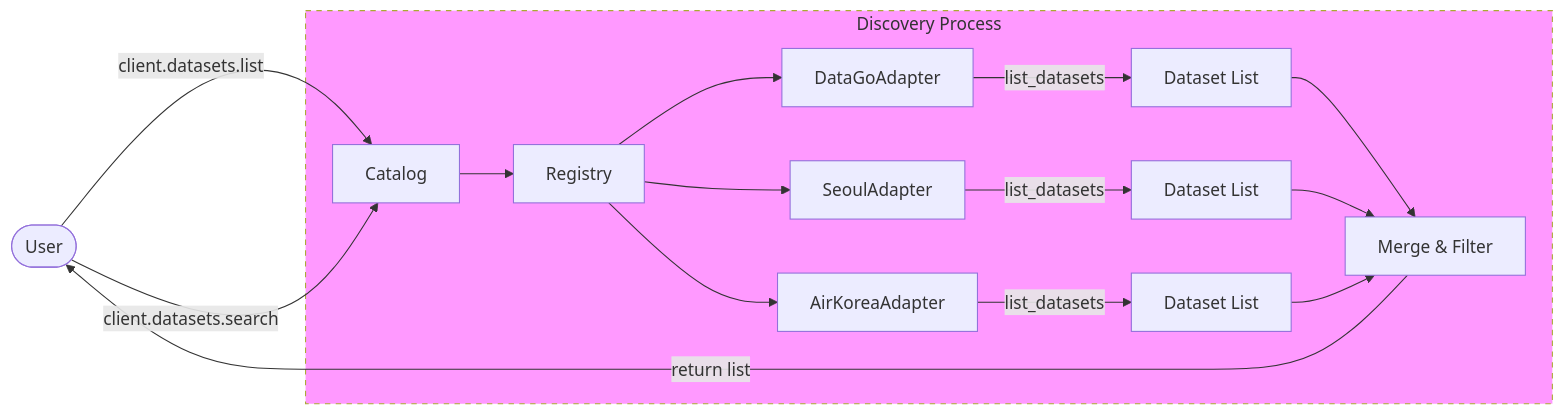
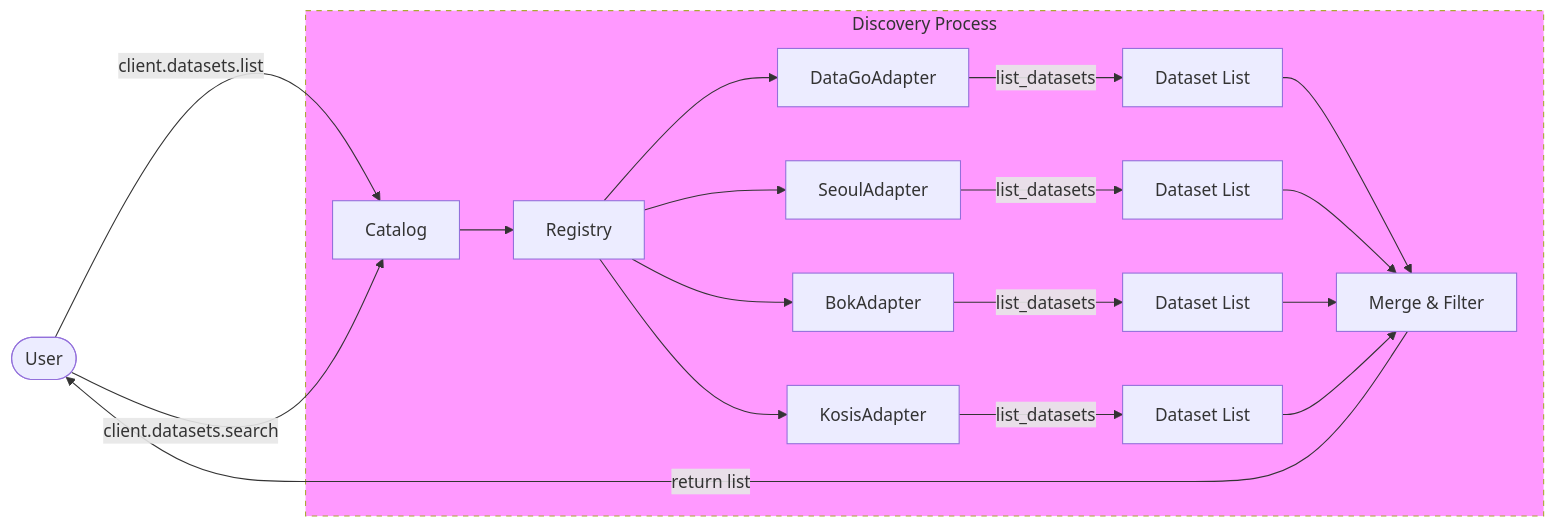
One commit to yeongseon/kpubdata changed the sixth of 9 diagrams in docs/architecture-diagrams.md. Above: the diagram before and after it, drawn with Mermaid. The commit also changed other lines of this file and 9 other files, not shown here.

````diff
--- a/docs/architecture-diagrams.md
+++ b/docs/architecture-diagrams.md
@@ -333,22 +335,24 @@
 ```mermaid
 flowchart LR
     User([User]) -->|client.datasets.list| Catalog
     User -->|client.datasets.search| Catalog
     
     subgraph Discovery [Discovery Process]
         Catalog --> Registry
         Registry --> P1[DataGoAdapter]
         Registry --> P2[SeoulAdapter]
-        Registry --> P3[AirKoreaAdapter]
+        Registry --> P3[BokAdapter]
+        Registry --> P4[KosisAdapter]
         
         P1 -->|list_datasets| L1[Dataset List]
         P2 -->|list_datasets| L2[Dataset List]
         P3 -->|list_datasets| L3[Dataset List]
+        P4 -->|list_datasets| L4[Dataset List]
         
-        L1 & L2 & L3 --> Merge[Merge & Filter]
+        L1 & L2 & L3 & L4 --> Merge[Merge & Filter]
     end
     
     Merge -->|return list| User
 
     style Discovery fill:#f9f,stroke-dasharray: 5 5
 ```
````
